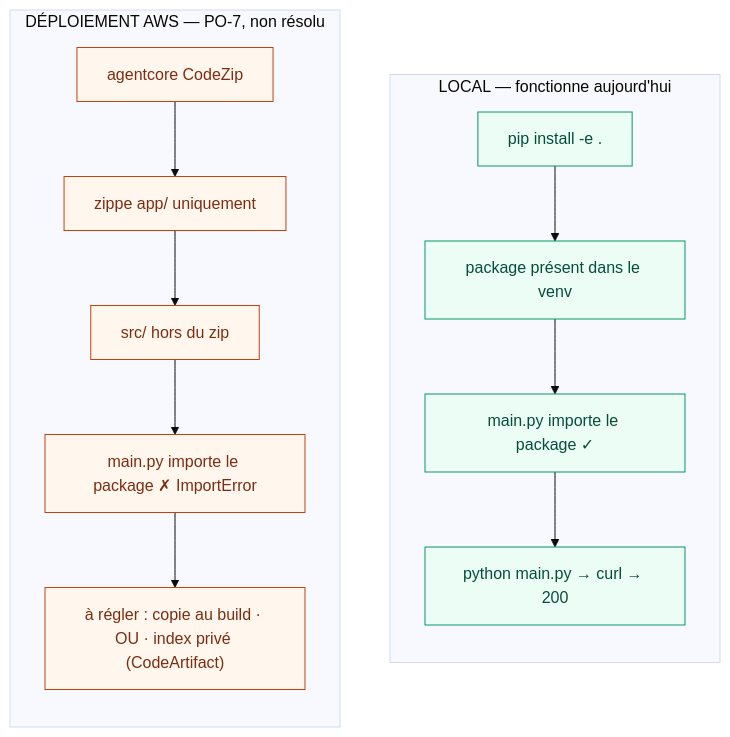
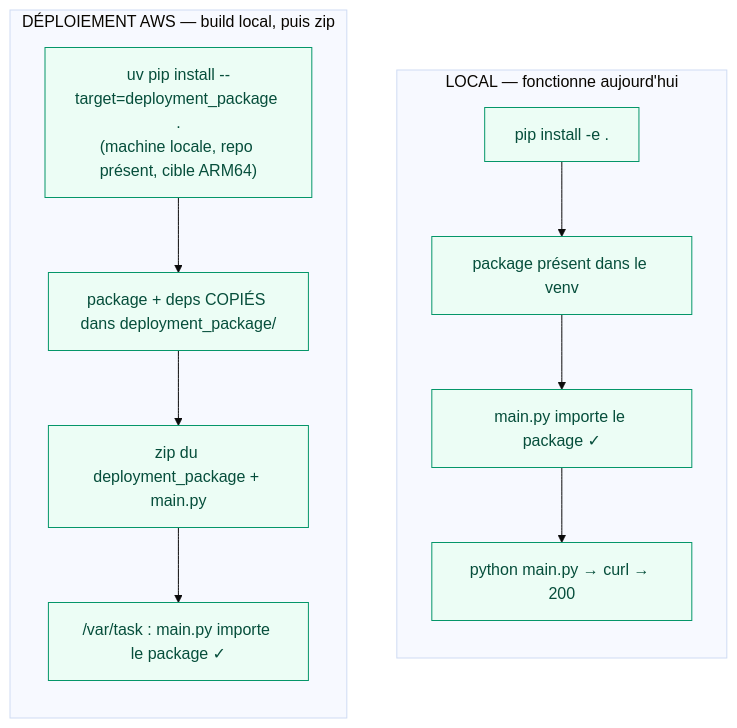
One commit to ClementV78/aws-agentic-campaign-mvp changed the third of 3 diagrams in docs/PACKAGING.md. Above: the diagram before and after it, drawn with Mermaid (base theme). The commit also changed other lines of this file and 1 other file, not shown here.

First line of the commit message:
docs: resolve PO-7 with the official uv pip install --target approach

````diff
--- a/docs/PACKAGING.md
+++ b/docs/PACKAGING.md
@@ -65,22 +71,21 @@
 ```mermaid
 flowchart TB
     subgraph LOCAL["LOCAL — fonctionne aujourd'hui"]
         direction TB
         L1["pip install -e ."] --> L2["package présent dans le venv"]
         L2 --> L3["main.py importe le package ✓"]
         L3 --> L4["python main.py → curl → 200"]
     end
 
-    subgraph DEPLOY["DÉPLOIEMENT AWS — PO-7, non résolu"]
+    subgraph DEPLOY["DÉPLOIEMENT AWS — build local, puis zip"]
         direction TB
-        D1["agentcore CodeZip"] --> D2["zippe app/ uniquement"]
-        D2 --> D3["src/ hors du zip"]
-        D3 --> D4["main.py importe le package ✗ ImportError"]
-        D4 --> D5["à régler : copie au build · OU · index privé (CodeArtifact)"]
+        D1["uv pip install --target=deployment_package .<br/>(machine locale, repo présent, cible ARM64)"]
+        D2["package + deps COPIÉS dans deployment_package/"]
+        D3["zip du deployment_package + main.py"]
+        D4["/var/task : main.py importe le package ✓"]
+        D1 --> D2 --> D3 --> D4
     end
 
     classDef ok fill:#ecfdf5,stroke:#059669,color:#064e3b;
-    classDef ko fill:#fff7ed,stroke:#c2410c,color:#7c2d12;
-    class L1,L2,L3,L4 ok;
-    class D1,D2,D3,D4,D5 ko;
+    class L1,L2,L3,L4,D1,D2,D3,D4 ok;
 ```
````
